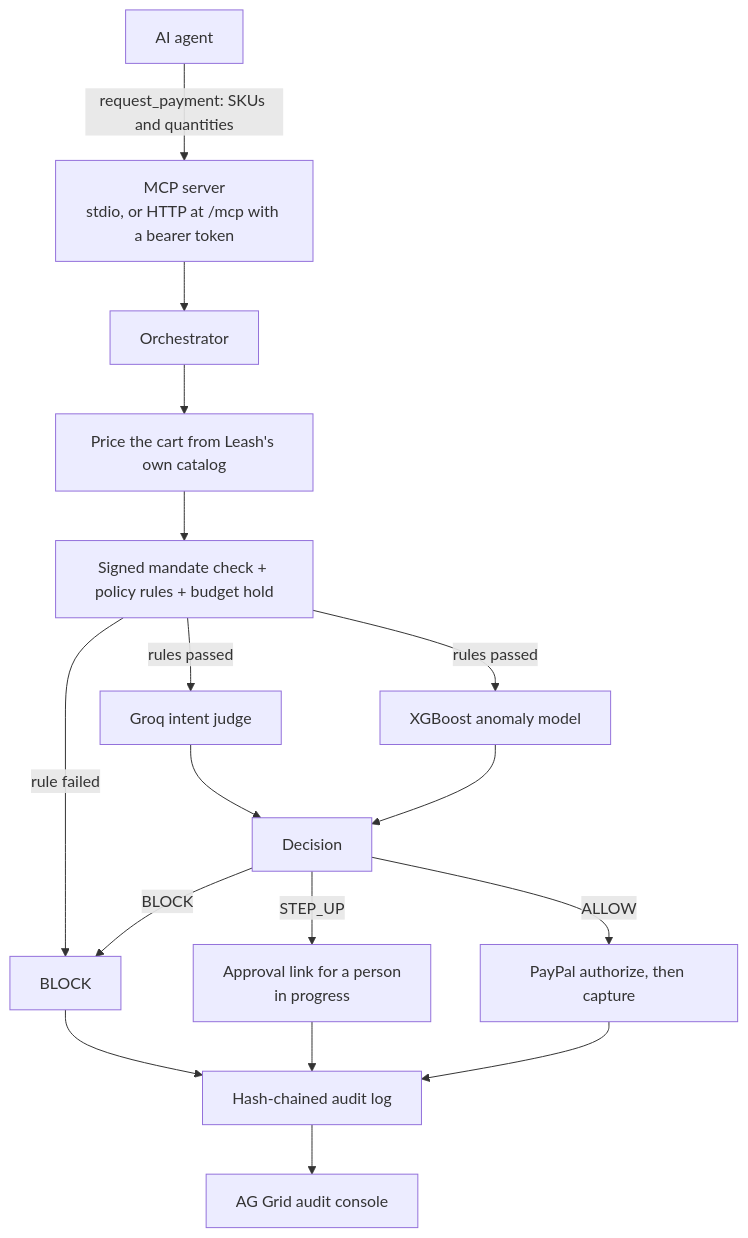
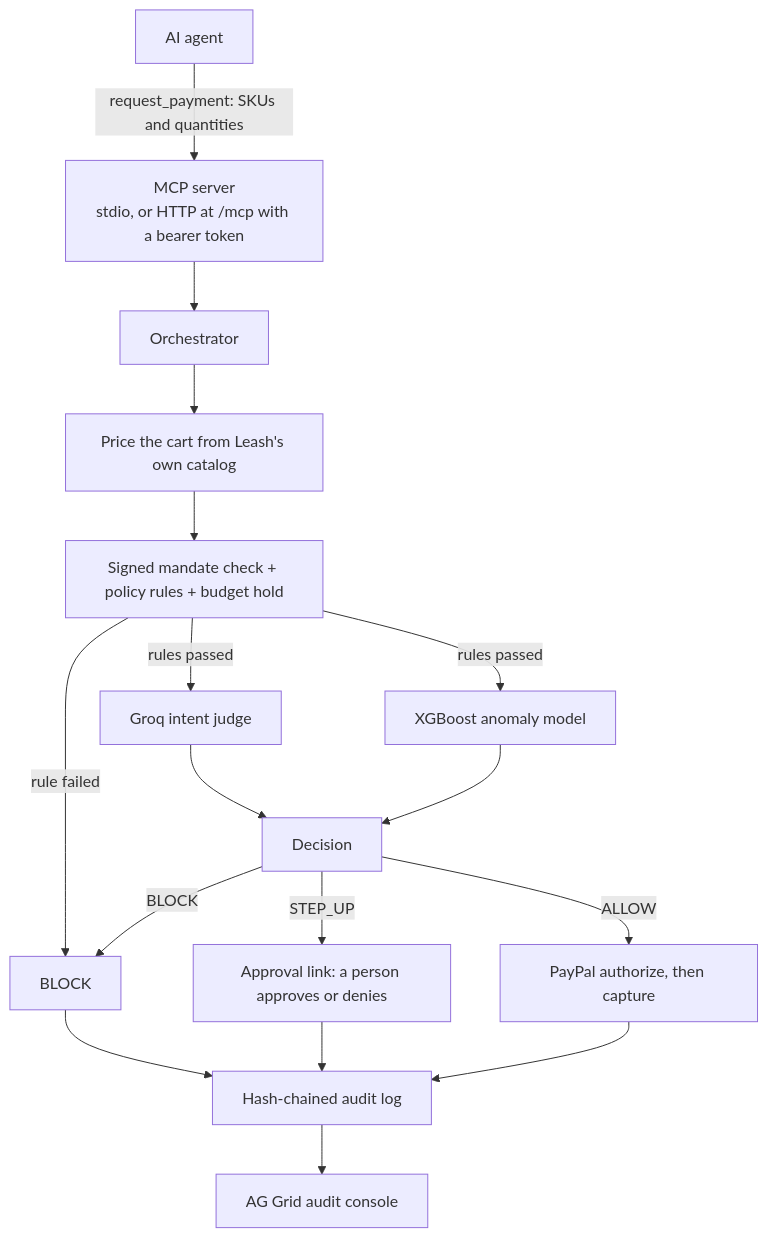
Before and after one commit to sahilSENPAII/LEASH-Spending-Firewall-for-AI-agents: the diagram in README.md, drawn with Mermaid. The commit also changed other lines of this file and 1 other file, not shown here.

````diff
--- a/README.md
+++ b/README.md
@@ -16,19 +16,19 @@
 ```mermaid
 flowchart TD
     A[AI agent] -->|request_payment: SKUs and quantities| B[MCP server<br/>stdio, or HTTP at /mcp with a bearer token]
     B --> C[Orchestrator]
     C --> D[Price the cart from Leash's own catalog]
     D --> E[Signed mandate check + policy rules + budget hold]
     E -->|rule failed| X[BLOCK]
     E -->|rules passed| F[Groq intent judge]
     E -->|rules passed| G[XGBoost anomaly model]
     F --> H[Decision]
     G --> H
     H -->|BLOCK| X
-    H -->|STEP_UP| S[Approval link for a person<br/>in progress]
+    H -->|STEP_UP| S[Approval link: a person approves or denies]
     H -->|ALLOW| P[PayPal authorize, then capture]
     X --> L[Hash-chained audit log]
     S --> L
     P --> L
     L --> U[AG Grid audit console]
 ```
````
